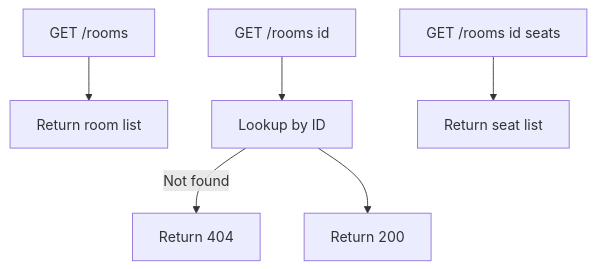
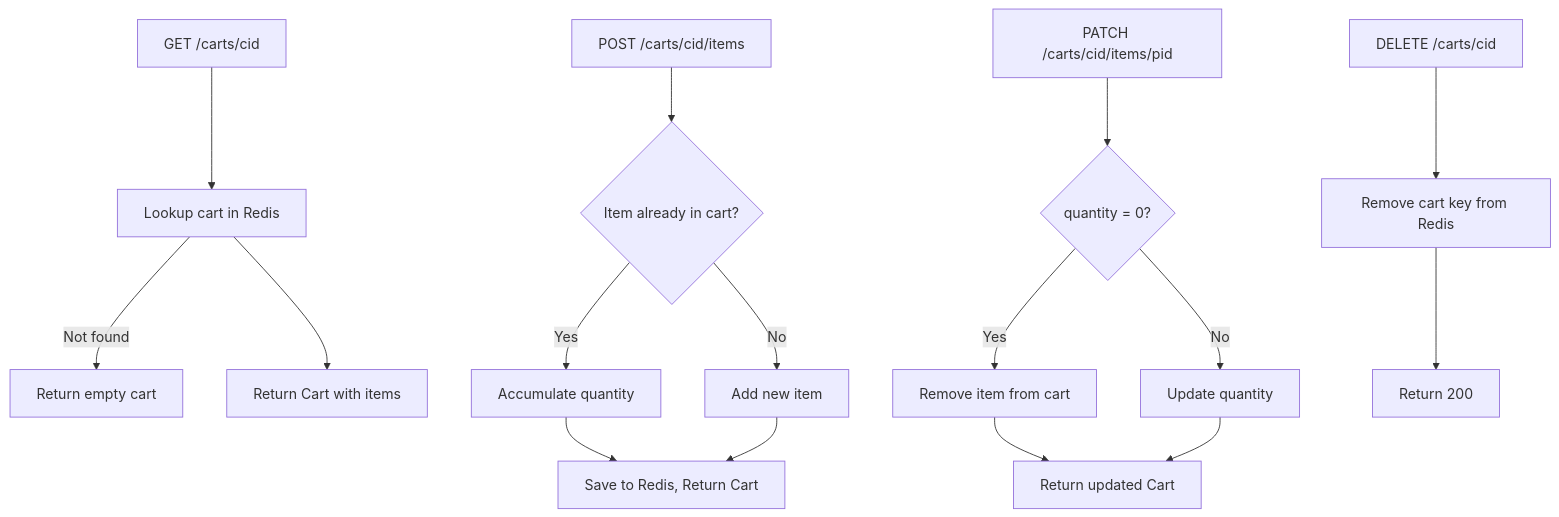
One commit to quyptit427/microservices-assignment-starter changed the third of 7 diagrams in docs/analysis-and-design.md. Above: the diagram before and after it, drawn with Mermaid. The commit also changed other lines of this file, not shown here.

````diff
--- a/docs/analysis-and-design.md
+++ b/docs/analysis-and-design.md
@@ -388,10 +493,19 @@
 ```mermaid
 flowchart TD
-    A[GET /rooms] --> B[Return room list]
+    A[GET /carts/cid] --> B[Lookup cart in Redis]
+    B -->|Not found| C[Return empty cart]
+    B --> D[Return Cart with items]
 
-    C[GET /rooms id] --> D[Lookup by ID]
-    D -->|Not found| E[Return 404]
-    D --> F[Return 200]
+    E[POST /carts/cid/items] --> F{Item already in cart?}
+    F -->|Yes| G[Accumulate quantity]
+    F -->|No| H[Add new item]
+    G & H --> I[Save to Redis, Return Cart]
 
-    G[GET /rooms id seats] --> H[Return seat list]
+    J[PATCH /carts/cid/items/pid] --> K{quantity = 0?}
+    K -->|Yes| L[Remove item from cart]
+    K -->|No| M[Update quantity]
+    L & M --> N[Return updated Cart]
+
+    O[DELETE /carts/cid] --> P[Remove cart key from Redis]
+    P --> Q[Return 200]
 ```
````
